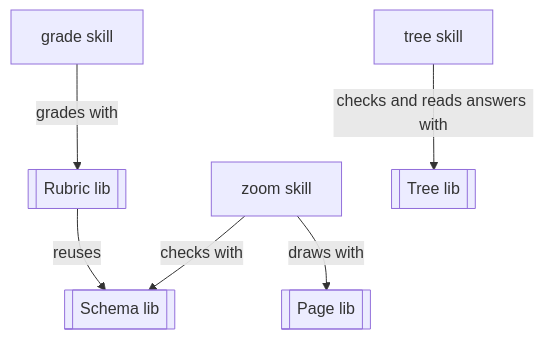
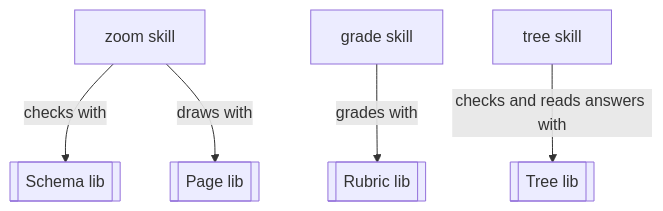
The second of 3 diagrams in README.md (kalaluthien/mumu-claude-plugin), drawn with Mermaid before and after one commit. The commit also changed other lines of this file and 119 other files, not shown here.

````diff
--- a/README.md
+++ b/README.md
@@ -79,15 +79,14 @@
 ```mermaid
 flowchart TB
   n_zoom["zoom skill"]
   n_grade["grade skill"]
   n_schema[["Schema lib"]]
   n_page[["Page lib"]]
   n_spec[["Rubric lib"]]
   n_tree["tree skill"]
   n_plan[["Tree lib"]]
   n_zoom -->|"checks with"| n_schema
   n_zoom -->|"draws with"| n_page
   n_grade -->|"grades with"| n_spec
-  n_spec -->|"reuses"| n_schema
   n_tree -->|"checks and reads answers with"| n_plan
 ```
````
